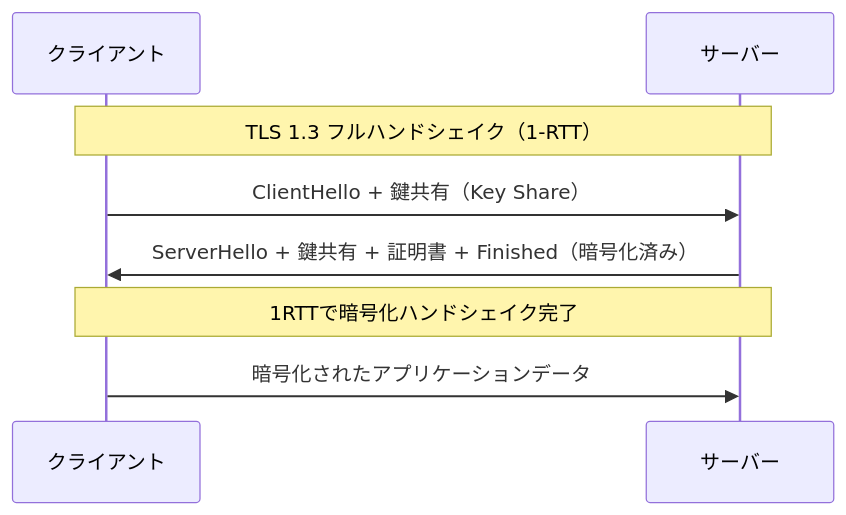
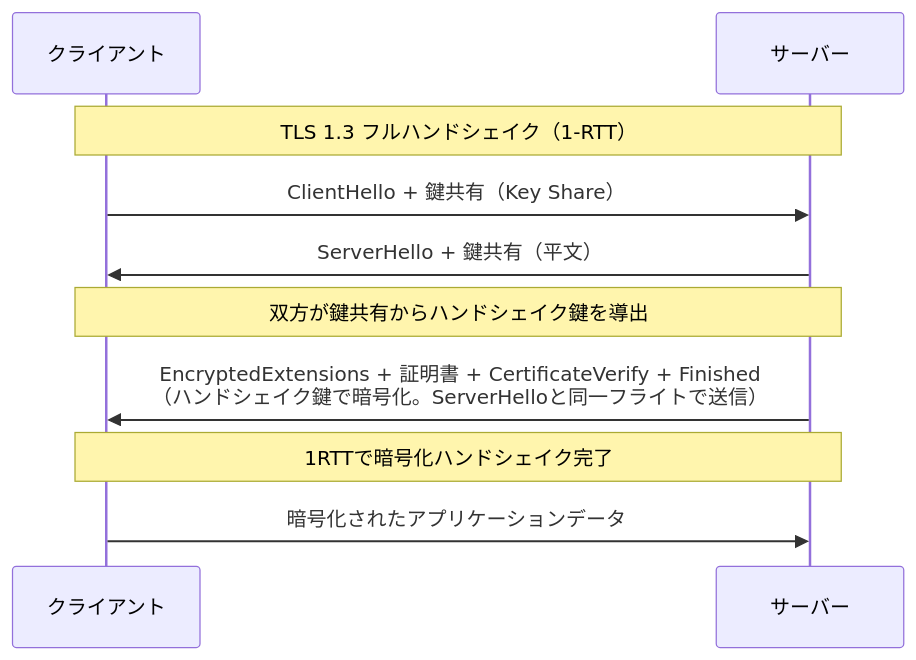
Diagram 29 of 33 in High-performance-browser-networking.md (myoshi2891/Cloud-Infrastructure-Studies), drawn with Mermaid before and after one commit. The commit also changed other lines of this file, not shown here.

````diff
--- a/High-performance-browser-networking.md
+++ b/High-performance-browser-networking.md
@@ -1025,10 +1025,12 @@
 ```mermaid
 sequenceDiagram
     participant C as クライアント
     participant S as サーバー
     Note over C,S: TLS 1.3 フルハンドシェイク（1-RTT）
     C->>S: ClientHello + 鍵共有（Key Share）
-    S->>C: ServerHello + 鍵共有 + 証明書 + Finished（暗号化済み）
+    S->>C: ServerHello + 鍵共有（平文）
+    Note over C,S: 双方が鍵共有からハンドシェイク鍵を導出
+    S->>C: EncryptedExtensions + 証明書 + CertificateVerify + Finished<br/>（ハンドシェイク鍵で暗号化。ServerHelloと同一フライトで送信）
     Note over C,S: 1RTTで暗号化ハンドシェイク完了
     C->>S: 暗号化されたアプリケーションデータ
 ```
````
